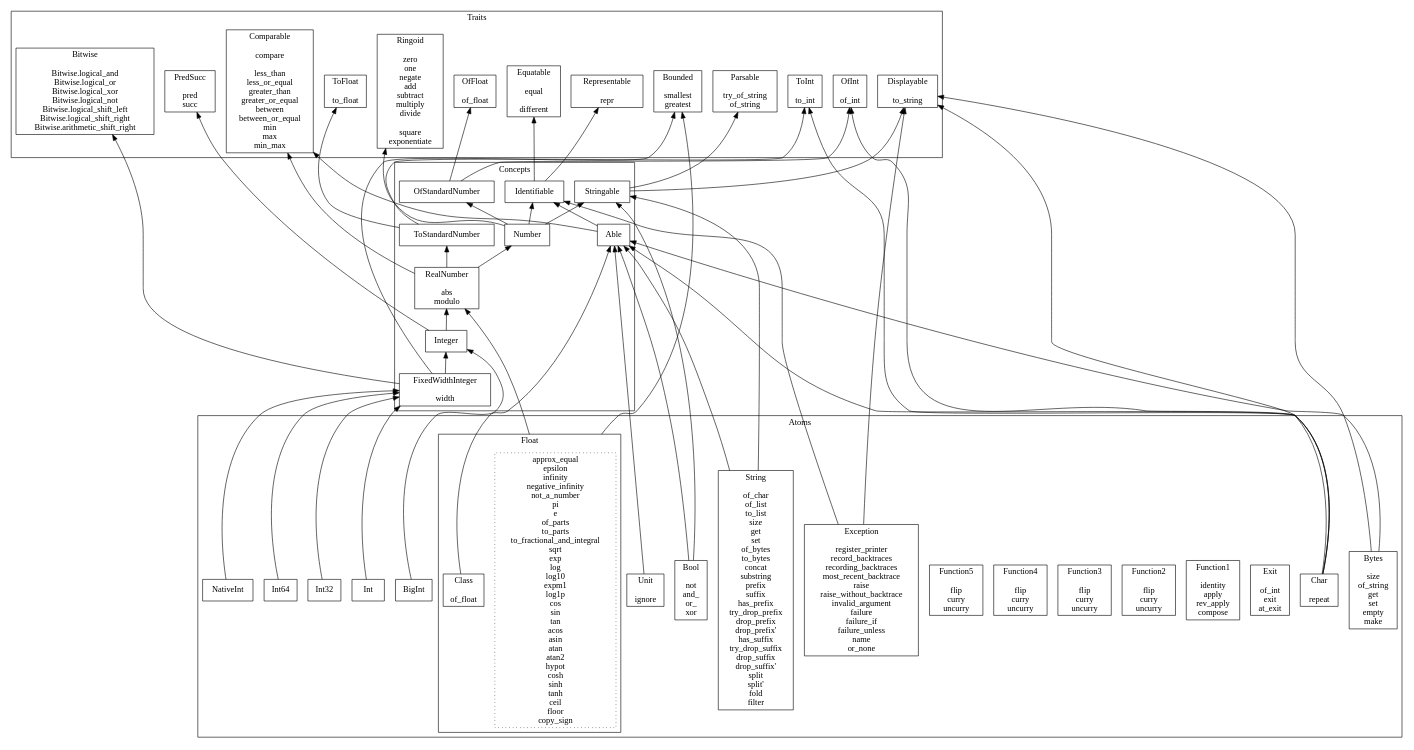
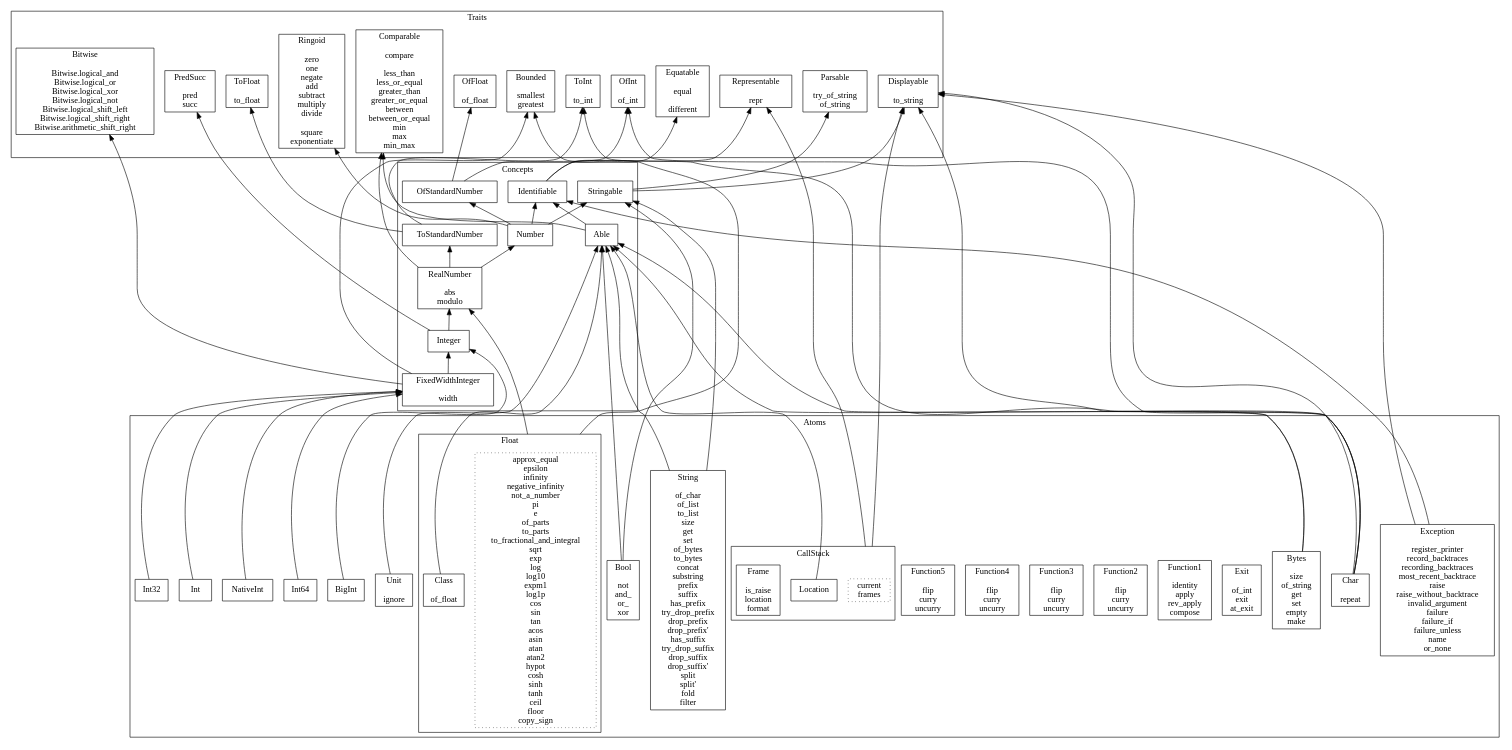
Before and after one commit to jacquev6/General: the diagram in src/Generated/Facets.dot, drawn with Graphviz. The commit also changed 12 other files, not shown here.

Commit message:
Generate specification for type CallStack

```diff
--- a/src/Generated/Facets.dot
+++ b/src/Generated/Facets.dot
@@ -1,105 +1,115 @@
 digraph {
   compound=true
   rankdir="BT"
   node [shape="box"]
   subgraph cluster_Traits {
     label="Traits"
     labelloc="b"
     representable [label="Representable\n\nrepr"]
     equatable [label="Equatable\n\nequal\n\ndifferent"]
     displayable [label="Displayable\n\nto_string"]
     parsable [label="Parsable\n\ntry_of_string\nof_string"]
     comparable [label="Comparable\n\ncompare\n\nless_than\nless_or_equal\ngreater_than\ngreater_or_equal\nbetween\nbetween_or_equal\nmin\nmax\nmin_max"]
     ringoid [label="Ringoid\n\nzero\none\nnegate\nadd\nsubtract\nmultiply\ndivide\n\nsquare\nexponentiate"]
     ofint [label="OfInt\n\nof_int"]
     toint [label="ToInt\n\nto_int"]
     offloat [label="OfFloat\n\nof_float"]
     tofloat [label="ToFloat\n\nto_float"]
     predsucc [label="PredSucc\n\npred\nsucc"]
     bounded [label="Bounded\n\nsmallest\ngreatest"]
     bitwise [label="Bitwise\n\nBitwise.logical_and\nBitwise.logical_or\nBitwise.logical_xor\nBitwise.logical_not\nBitwise.logical_shift_left\nBitwise.logical_shift_right\nBitwise.arithmetic_shift_right"]
   }
   subgraph cluster_Concepts {
     label="Concepts"
     labelloc="b"
     identifiable [label="Identifiable"]
     able [label="Able"]
     stringable [label="Stringable"]
     ofstandardnumber [label="OfStandardNumber"]
     number [label="Number"]
     tostandardnumber [label="ToStandardNumber"]
     realnumber [label="RealNumber\n\nabs\nmodulo"]
     integer [label="Integer"]
     fixedwidthinteger [label="FixedWidthInteger\n\nwidth"]
   }
   subgraph cluster_Atoms {
     label="Atoms"
     labelloc="b"
+    subgraph cluster_CallStack {
+      label="CallStack"
+      labelloc="b"
+      callstack [style="dotted",label="current\nframes"]
+      location [label="Location"]
+      frame [label="Frame\n\nis_raise\nlocation\nformat"]
+    }
     exception [label="Exception\n\nregister_printer\nrecord_backtraces\nrecording_backtraces\nmost_recent_backtrace\nraise\nraise_without_backtrace\ninvalid_argument\nfailure\nfailure_if\nfailure_unless\nname\nor_none"]
     exit [label="Exit\n\nof_int\nexit\nat_exit"]
     function1 [label="Function1\n\nidentity\napply\nrev_apply\ncompose"]
     function2 [label="Function2\n\nflip\ncurry\nuncurry"]
     function3 [label="Function3\n\nflip\ncurry\nuncurry"]
     function4 [label="Function4\n\nflip\ncurry\nuncurry"]
     function5 [label="Function5\n\nflip\ncurry\nuncurry"]
     unit [label="Unit\n\nignore"]
     bool [label="Bool\n\nnot\nand_\nor_\nxor"]
     char [label="Char\n\nrepeat"]
     int [label="Int"]
     int32 [label="Int32"]
     int64 [label="Int64"]
     nativeint [label="NativeInt"]
     bigint [label="BigInt"]
     subgraph cluster_Float {
       label="Float"
       labelloc="b"
       float [style="dotted",label="approx_equal\nepsilon\ninfinity\nnegative_infinity\nnot_a_number\npi\ne\nof_parts\nto_parts\nto_fractional_and_integral\nsqrt\nexp\nlog\nlog10\nexpm1\nlog1p\ncos\nsin\ntan\nacos\nasin\natan\natan2\nhypot\ncosh\nsinh\ntanh\nceil\nfloor\ncopy_sign"]
       float_class [label="Class\n\nof_float"]
     }
     string [label="String\n\nof_char\nof_list\nto_list\nsize\nget\nset\nof_bytes\nto_bytes\nconcat\nsubstring\nprefix\nsuffix\nhas_prefix\ntry_drop_prefix\ndrop_prefix\ndrop_prefix'\nhas_suffix\ntry_drop_suffix\ndrop_suffix\ndrop_suffix'\nsplit\nsplit'\nfold\nfilter"]
     bytes [label="Bytes\n\nsize\nof_string\nget\nset\nempty\nmake"]
   }
   identifiable -> equatable
   identifiable -> representable
   able -> identifiable
   able -> comparable
   stringable -> displayable
   stringable -> parsable
   ofstandardnumber -> ofint
   ofstandardnumber -> offloat
   number -> identifiable
   number -> stringable
   number -> ringoid
   number -> ofstandardnumber
   tostandardnumber -> toint
   tostandardnumber -> tofloat
   realnumber -> number
   realnumber -> comparable
   realnumber -> tostandardnumber
   integer -> realnumber
   integer -> predsucc
   fixedwidthinteger -> integer
   fixedwidthinteger -> bounded
   fixedwidthinteger -> bitwise
+  callstack -> displayable [ltail="cluster_CallStack"]
+  callstack -> representable [ltail="cluster_CallStack"]
+  location -> able
   exception -> identifiable
   exception -> displayable
   unit -> able
   bool -> able
   bool -> stringable
   char -> able
   char -> displayable
   char -> ofint
   char -> toint
   int -> fixedwidthinteger
   int32 -> fixedwidthinteger
   int64 -> fixedwidthinteger
   nativeint -> fixedwidthinteger
   bigint -> integer
   float -> realnumber [ltail="cluster_Float"]
   float -> bounded [ltail="cluster_Float"]
   float_class -> able
   string -> able
   string -> stringable
   bytes -> able
   bytes -> displayable
 }
```
